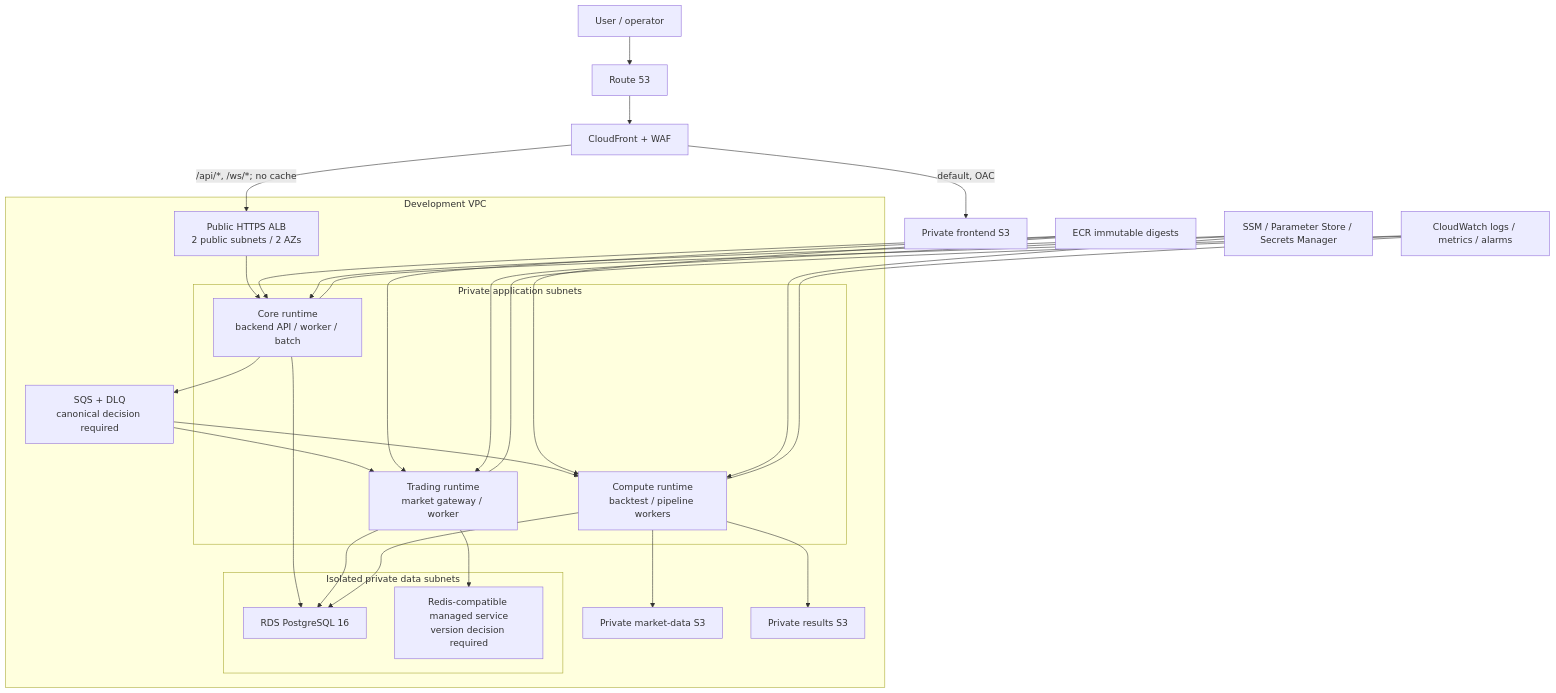
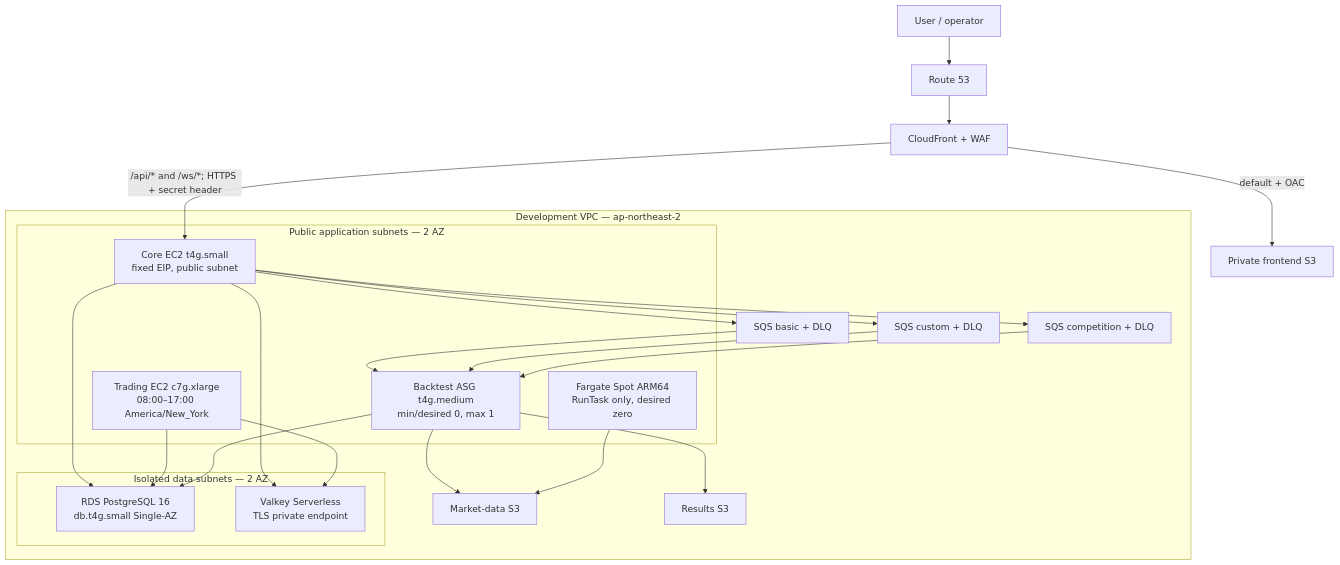
The diagram in proposals/infrastructure/aws-architecture-review-2026-08-04.md (Idea2Strategy/Idea2Strategy), drawn with Mermaid before and after one commit. The commit also changed other lines of this file and 29 other files, not shown here.

Commit message:
feat: redesign low-cost AWS development runtime

````diff
--- a/proposals/infrastructure/aws-architecture-review-2026-08-04.md
+++ b/proposals/infrastructure/aws-architecture-review-2026-08-04.md
@@ -31,38 +13,33 @@
 ```mermaid
 flowchart TB
-  User["User / operator"] --> R53["Route 53"] --> CF["CloudFront + WAF"]
-  CF -->|"default, OAC"| FrontS3["Private frontend S3"]
-  CF -->|"/api/*, /ws/*; no cache"| ALB["Public HTTPS ALB\n2 public subnets / 2 AZs"]
+  Client["User / operator"] --> R53["Route 53"] --> Edge["CloudFront + WAF"]
+  Edge -->|"default + OAC"| Web["Private frontend S3"]
+  Edge -->|"/api/* and /ws/*; HTTPS + secret header"| Core["Core EC2 t4g.small\nfixed EIP, public subnet"]
 
-  subgraph VPC["Development VPC"]
-    subgraph App["Private application subnets"]
-      Core["Core runtime\nbackend API / worker / batch"]
-      Trading["Trading runtime\nmarket gateway / worker"]
-      Compute["Compute runtime\nbacktest / pipeline workers"]
+  subgraph VPC["Development VPC — ap-northeast-2"]
+    subgraph Public["Public application subnets — 2 AZ"]
+      Core
+      Trading["Trading EC2 c7g.xlarge\n08:00–17:00 America/New_York"]
+      Backtest["Backtest ASG t4g.medium\nmin/desired 0, max 1"]
+      Pipeline["Fargate Spot ARM64\nRunTask only, desired zero"]
     end
-    subgraph Data["Isolated private data subnets"]
-      RDS["RDS PostgreSQL 16"]
-      Redis["Redis-compatible managed service\nversion decision required"]
+    subgraph Isolated["Isolated data subnets — 2 AZ"]
+      RDS["RDS PostgreSQL 16\ndb.t4g.small Single-AZ"]
+      Cache["Valkey Serverless\nTLS private endpoint"]
     end
-    ALB --> Core
-    Core --> SQS["SQS + DLQ\ncanonical decision required"]
-    SQS --> Trading
-    SQS --> Compute
+    Core --> Basic["SQS basic + DLQ"]
+    Core --> Custom["SQS custom + DLQ"]
+    Core --> Competition["SQS competition + DLQ"]
+    Basic --> Backtest
+    Custom --> Backtest
+    Competition --> Backtest
     Core --> RDS
     Trading --> RDS
-    Trading --> Redis
-    Compute --> RDS
-    Compute --> MarketS3["Private market-data S3"]
-    Compute --> ResultS3["Private results S3"]
+    Backtest --> RDS
+    Core --> Cache
+    Trading --> Cache
+    Backtest --> Market["Market-data S3"]
+    Backtest --> Results["Results S3"]
+    Pipeline --> Market
   end
-
-  ECR["ECR immutable digests"] --> Core
-  ECR --> Trading
-  ECR --> Compute
-  SSM["SSM / Parameter Store / Secrets Manager"] --> Core
-  SSM --> Trading
-  SSM --> Compute
-  CW["CloudWatch logs / metrics / alarms"] --- Core
-  CW --- Trading
-  CW --- Compute
 ```
````
